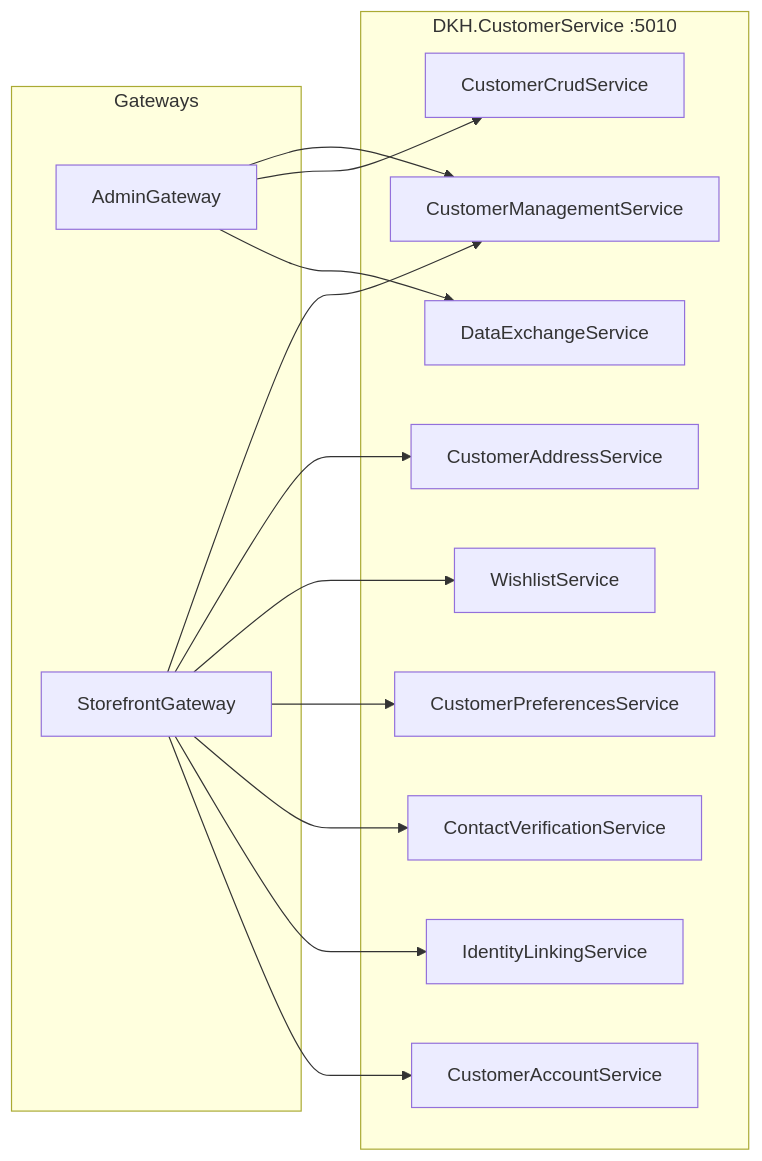
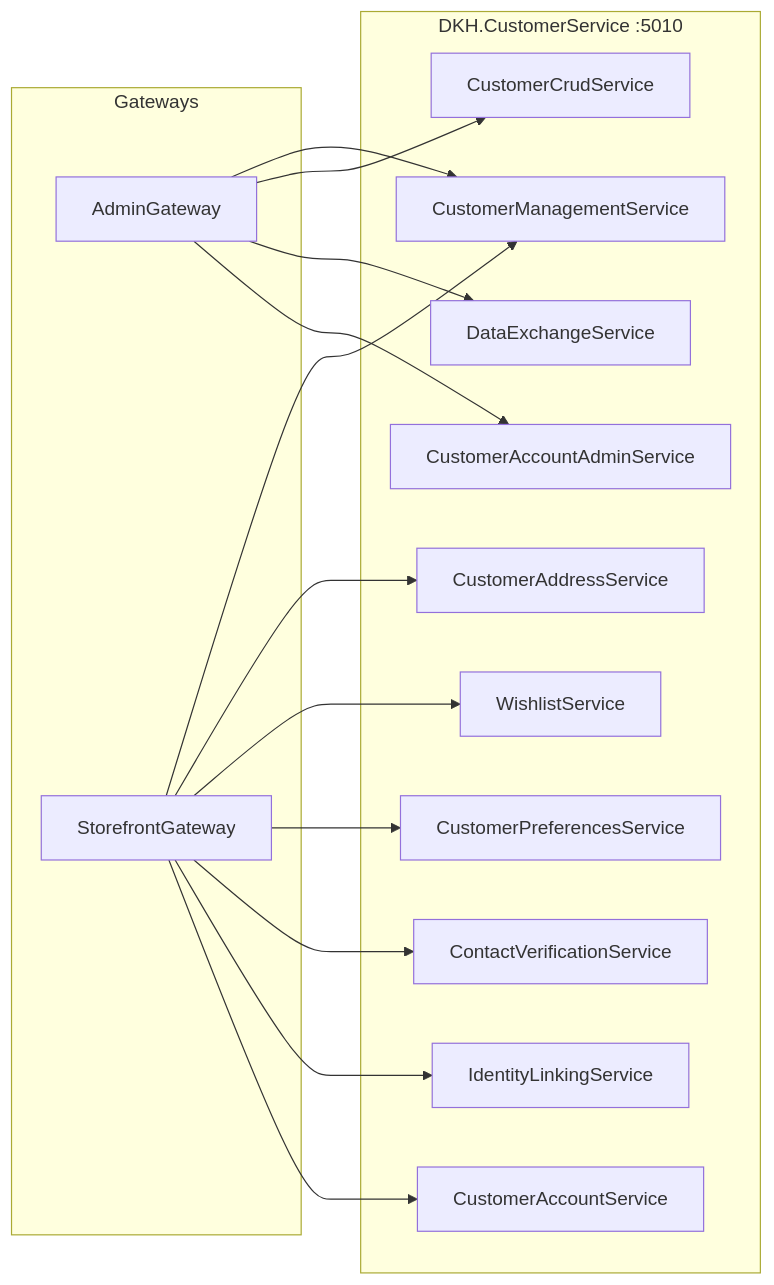
Before and after one commit to GZDKH/DKH.CustomerService: the diagram in docs/grpc-api.md, drawn with Mermaid. The commit also changed other lines of this file and 3 other files, not shown here.

First line of the commit message:
docs(customer): document admin account API

````diff
--- a/docs/grpc-api.md
+++ b/docs/grpc-api.md
@@ -13,30 +14,32 @@
 ```mermaid
 graph LR
     subgraph Gateways
         AG[AdminGateway]
         SG[StorefrontGateway]
     end
 
     subgraph "DKH.CustomerService :5010"
         CMS[CustomerManagementService]
         CCS[CustomerCrudService]
         CAS[CustomerAddressService]
         WS[WishlistService]
         CPS[CustomerPreferencesService]
         CVS[ContactVerificationService]
         ILS[IdentityLinkingService]
         DES[DataExchangeService]
         GCAS[CustomerAccountService]
+        GCAA[CustomerAccountAdminService]
     end
 
     AG --> CMS
     AG --> CCS
     AG --> DES
+    AG --> GCAA
     SG --> CMS
     SG --> CAS
     SG --> WS
     SG --> CPS
     SG --> CVS
     SG --> ILS
     SG --> GCAS
 ```
````
